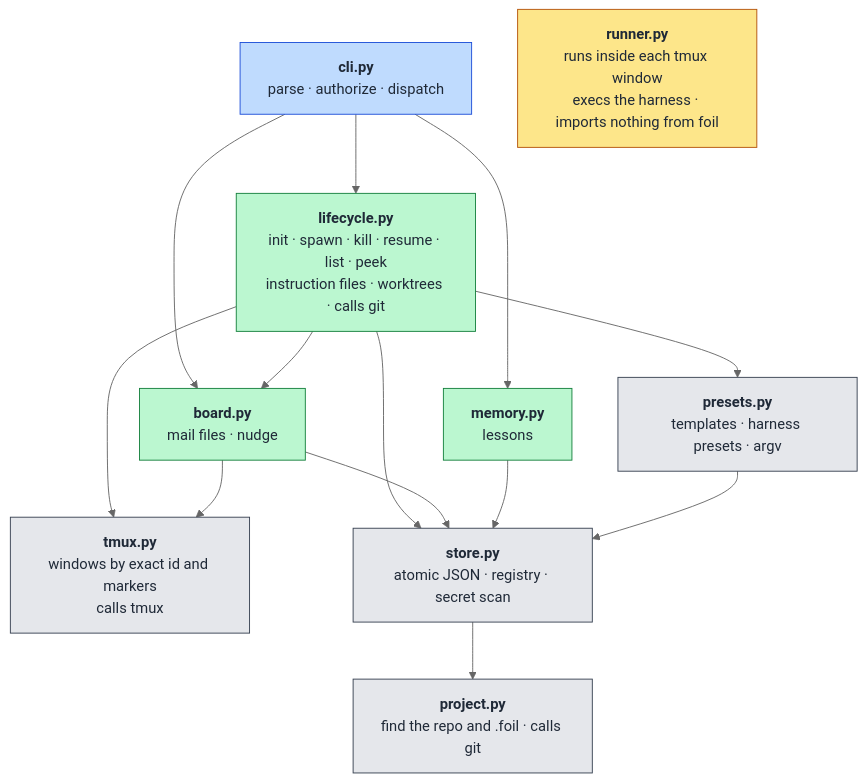
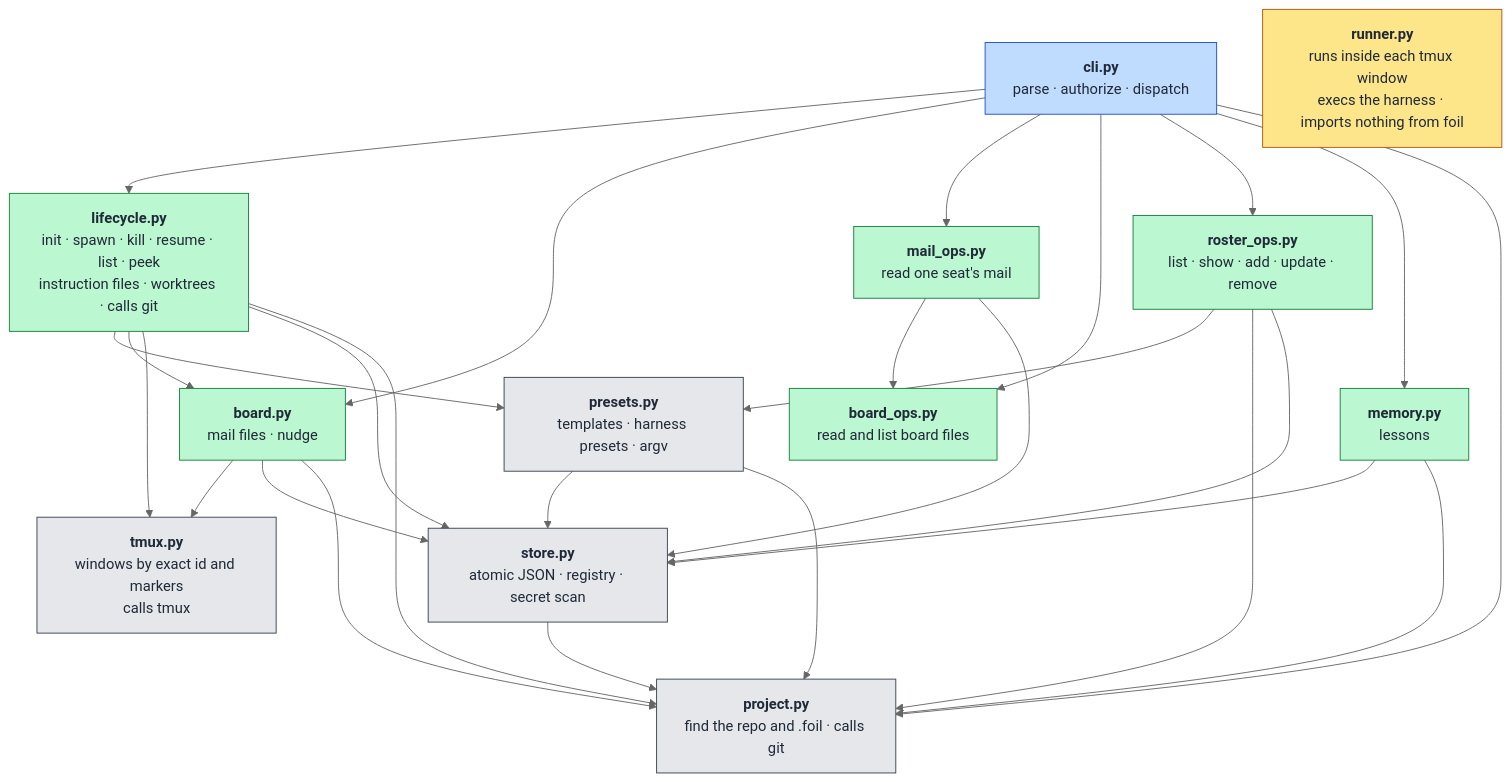
One commit to TiantianFlow/foil changed the first of 2 diagrams in docs/architecture.md. Above: the diagram before and after it, drawn with Mermaid (neutral theme). The commit also changed other lines of this file and 6 other files, not shown here.

````diff
--- a/docs/architecture.md
+++ b/docs/architecture.md
@@ -30,38 +30,54 @@
 ```mermaid
 flowchart TB
   cli["<b>cli.py</b><br/>parse · authorize · dispatch"]
 
   lifecycle["<b>lifecycle.py</b><br/>init · spawn · kill · resume · list · peek<br/>instruction files · worktrees · calls git"]
   board["<b>board.py</b><br/>mail files · nudge"]
+  mail_ops["<b>mail_ops.py</b><br/>read one seat's mail"]
+  board_ops["<b>board_ops.py</b><br/>read and list board files"]
+  roster_ops["<b>roster_ops.py</b><br/>list · show · add · update · remove"]
   memory["<b>memory.py</b><br/>lessons"]
 
   presets["<b>presets.py</b><br/>templates · harness presets · argv"]
   tmuxmod["<b>tmux.py</b><br/>windows by exact id and markers<br/>calls tmux"]
   store["<b>store.py</b><br/>atomic JSON · registry · secret scan"]
 
   project["<b>project.py</b><br/>find the repo and .foil · calls git"]
 
   runner["<b>runner.py</b><br/>runs inside each tmux window<br/>execs the harness · imports nothing from foil"]
 
   cli --> lifecycle
   cli --> board
+  cli --> mail_ops
+  cli --> board_ops
+  cli --> roster_ops
   cli --> memory
+  cli --> project
   lifecycle --> presets
   lifecycle --> board
   lifecycle --> tmuxmod
   lifecycle --> store
+  lifecycle --> project
   board --> tmuxmod
   board --> store
+  board --> project
+  mail_ops --> board_ops
+  mail_ops --> store
+  roster_ops --> presets
+  roster_ops --> project
+  roster_ops --> store
   memory --> store
+  memory --> project
   presets --> store
+  presets --> project
   store --> project
 
   classDef entry fill:#bfdbfe,stroke:#1d4ed8,color:#1f2937
   classDef core fill:#bbf7d0,stroke:#15803d,color:#1f2937
   classDef base fill:#e5e7eb,stroke:#374151,color:#1f2937
   classDef apart fill:#fde68a,stroke:#b45309,color:#1f2937
   class cli entry
-  class lifecycle,board,memory core
+  class lifecycle,board,mail_ops,board_ops,roster_ops,memory core
   class presets,tmuxmod,store,project base
   class runner apart
 ```
````
